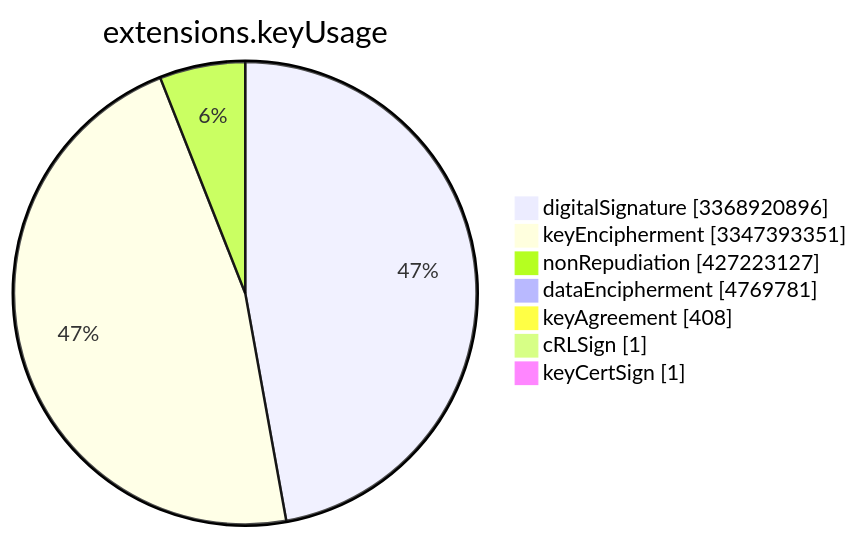
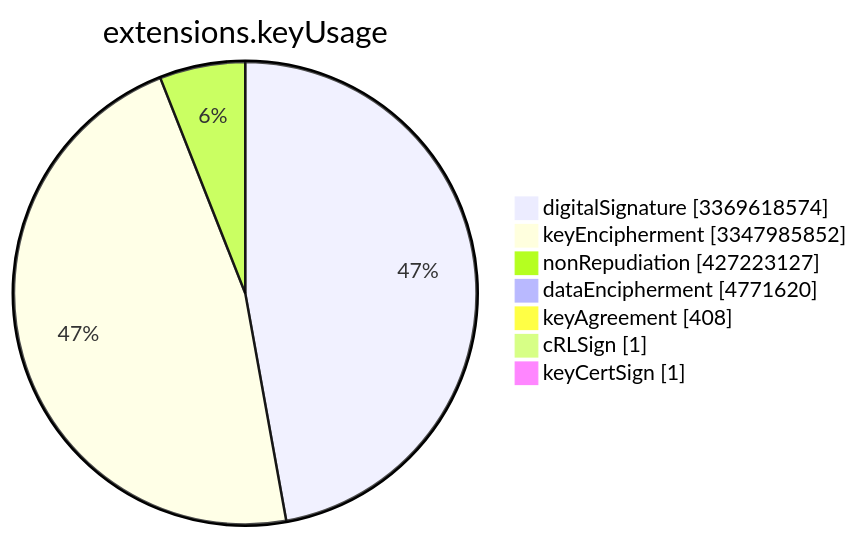
One commit to christiankrug/ctmonitor_visualization changed the sixth of 15 diagrams in TOTAL/README.md. Above: the diagram before and after it, drawn with Mermaid. The commit also changed other lines of this file, not shown here.

````diff
--- a/TOTAL/README.md
+++ b/TOTAL/README.md
@@ -3079,11 +3079,11 @@
 ```mermaid
 pie showData
 title extensions.keyUsage
-"digitalSignature" :3368920896
-"keyEncipherment" :3347393351
+"digitalSignature" :3369618574
+"keyEncipherment" :3347985852
 "nonRepudiation" :427223127
-"dataEncipherment" :4769781
+"dataEncipherment" :4771620
 "keyAgreement" :408
 "cRLSign" :1
 "keyCertSign" :1
 ```
````
